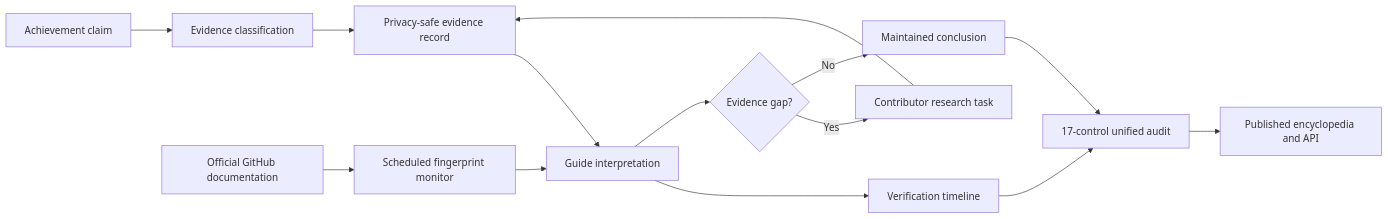
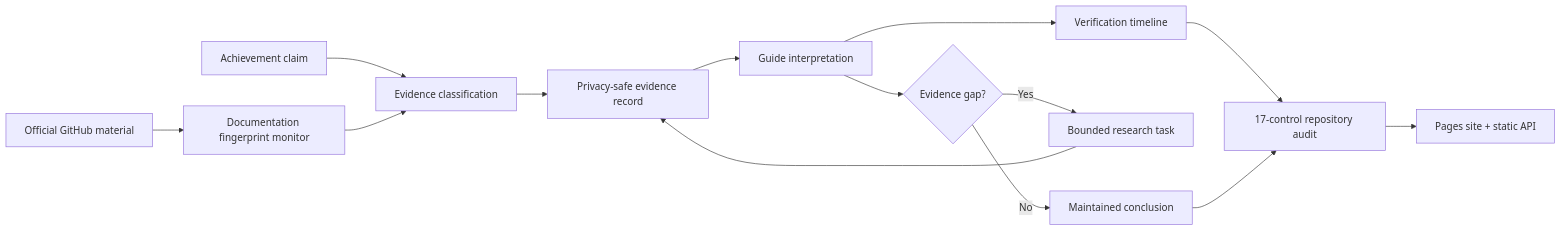
Before and after one commit to Conroy1988/Achievements: the diagram in README.md, drawn with Mermaid. The commit also changed other lines of this file, not shown here.

Commit message:
Refresh README for v1.5.0 achievement research campaign

````diff
--- a/README.md
+++ b/README.md
@@ -82,16 +93,16 @@
 ```mermaid
 flowchart LR
-    A[Achievement claim] --> B[Evidence classification]
-    B --> C[Privacy-safe evidence record]
-    C --> D[Guide interpretation]
-    D --> E[Verification timeline]
-    D --> F{Evidence gap?}
-    F -->|Yes| G[Contributor research task]
-    F -->|No| H[Maintained conclusion]
-    G --> C
-    I[Official GitHub documentation] --> J[Scheduled fingerprint monitor]
-    J --> D
-    E --> K[17-control unified audit]
-    H --> K
-    K --> L[Published encyclopedia and API]
+    Claim[Achievement claim] --> Classify[Evidence classification]
+    Official[Official GitHub material] --> Monitor[Documentation fingerprint monitor]
+    Monitor --> Classify
+    Classify --> Record[Privacy-safe evidence record]
+    Record --> Guide[Guide interpretation]
+    Guide --> Timeline[Verification timeline]
+    Guide --> Gap{Evidence gap?}
+    Gap -->|Yes| Task[Bounded research task]
+    Gap -->|No| Conclusion[Maintained conclusion]
+    Task --> Record
+    Timeline --> Audit[17-control repository audit]
+    Conclusion --> Audit
+    Audit --> Publish[Pages site + static API]
 ```
````
